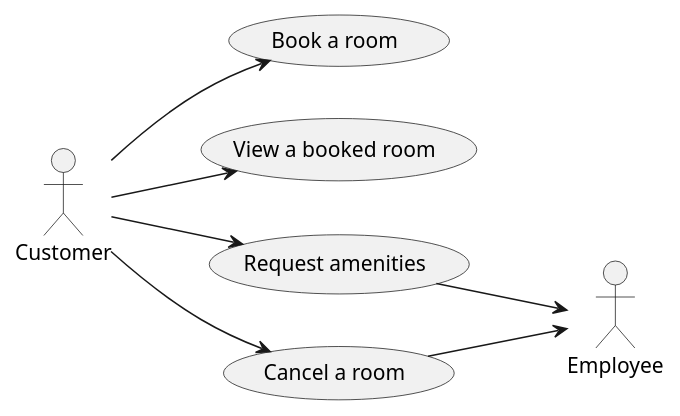
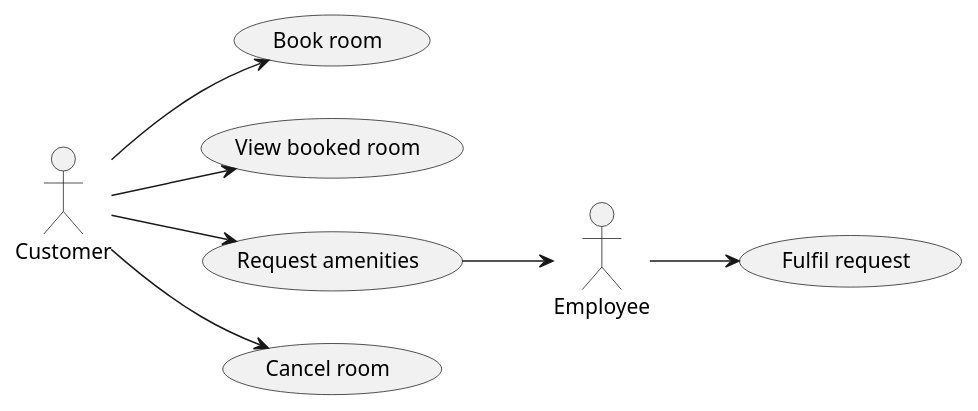
The diagram in UML/CustomerUC.plantuml (notkaramel/ECSE321-Mar1HotelSystem), drawn with PlantUML before and after one commit. The commit also changed 1 other file, not shown here.

Commit message:
updated the customer UC (employee)

```diff
--- a/UML/CustomerUC.plantuml
+++ b/UML/CustomerUC.plantuml
@@ -1,24 +1,26 @@
 @startuml CustomerUC
 left to right direction
 
 'Actor
 :Customer: as customer
 :Employee: as employee
 
 'Use cases
-(Book a room) as UC1
-(View a booked room) as UC2
+(Book room) as UC1
+(View booked room) as UC2
 (Request amenities) as UC3
-(Cancel a room) as UC4
+(Cancel room) as UC4
+(Fulfil request) as UC5
 
 'Associations
 customer --> UC1
 customer --> UC2
 customer --> UC3
 customer --> UC4
 UC3 --> employee
-UC4 --> employee
+employee --> UC5
+
 
 
 
 @enduml
```
